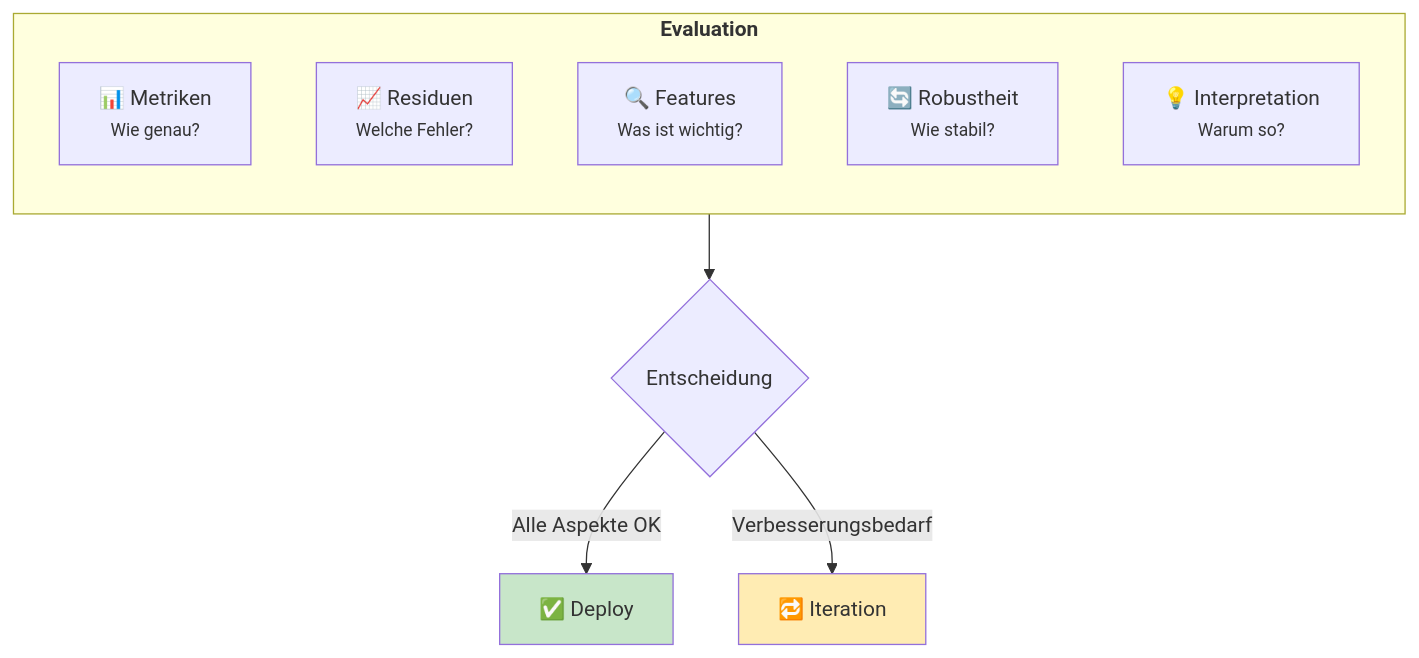
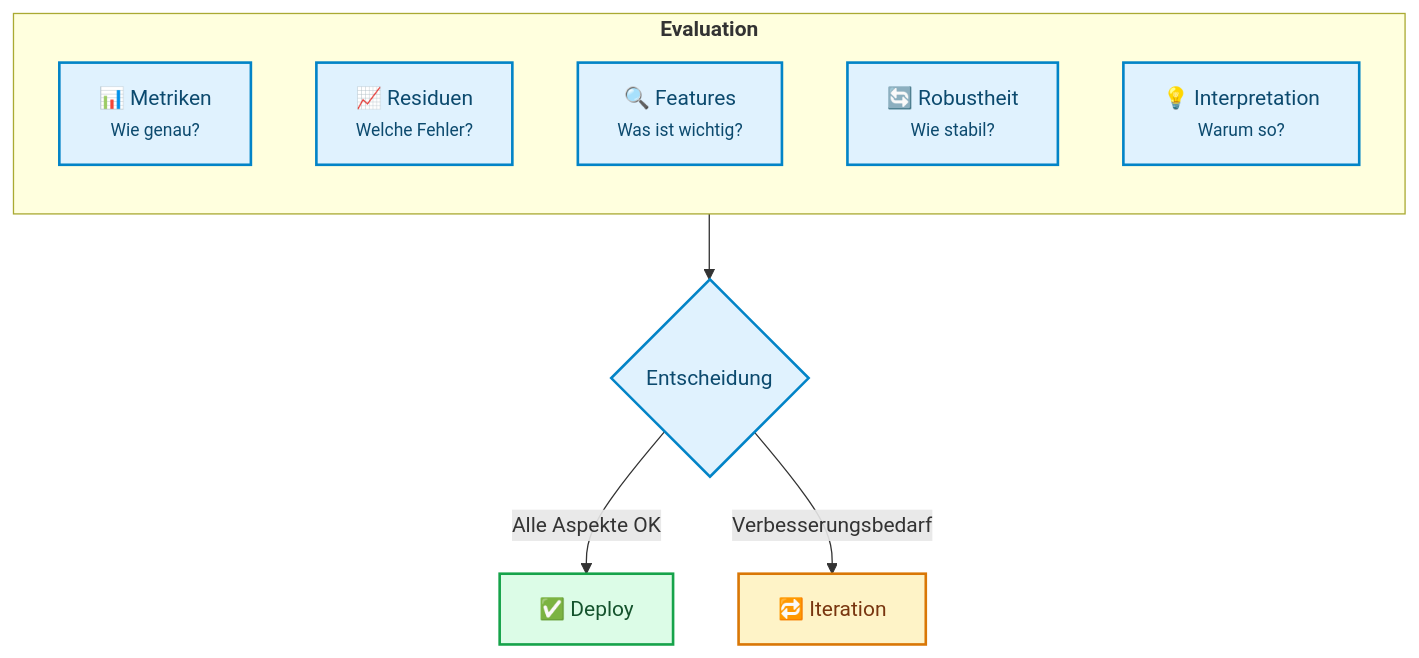
Before and after one commit to ralf-42/ML_Intro: the third of 3 diagrams in docs/concepts/evaluate/bewertung_allgemein.md, drawn with Mermaid. The commit also changed other lines of this file and 67 other files, not shown here.

````diff
--- a/docs/concepts/evaluate/bewertung_allgemein.md
+++ b/docs/concepts/evaluate/bewertung_allgemein.md
@@ -185,18 +185,21 @@
 ```mermaid
 flowchart TB
     subgraph eval["<b>Evaluation"]
         direction TB
         G["📊 Metriken<br/><small>Wie genau?</small>"]
         R["📈 Residuen<br/><small>Welche Fehler?</small>"]
         F["🔍 Features<br/><small>Was ist wichtig?</small>"]
         RO["🔄 Robustheit<br/><small>Wie stabil?</small>"]
         I["💡 Interpretation<br/><small>Warum so?</small>"]
     end
     
     eval --> E{"Entscheidung"}
     E -->|"Alle Aspekte OK"| D["✅ Deploy"]
     E -->|"Verbesserungsbedarf"| IT["🔁 Iteration"]
-    
-    style D fill:#c8e6c9
-    style IT fill:#ffecb3
+
+    classDef default fill:#e0f2fe,stroke:#0284c7,stroke-width:2px,color:#0c4a6e;
+    classDef metric fill:#fef3c7,stroke:#d97706,stroke-width:2px,color:#78350f;
+    classDef output fill:#dcfce7,stroke:#16a34a,stroke-width:2px,color:#14532d;
+    class IT metric;
+    class D output;
 ```
````
